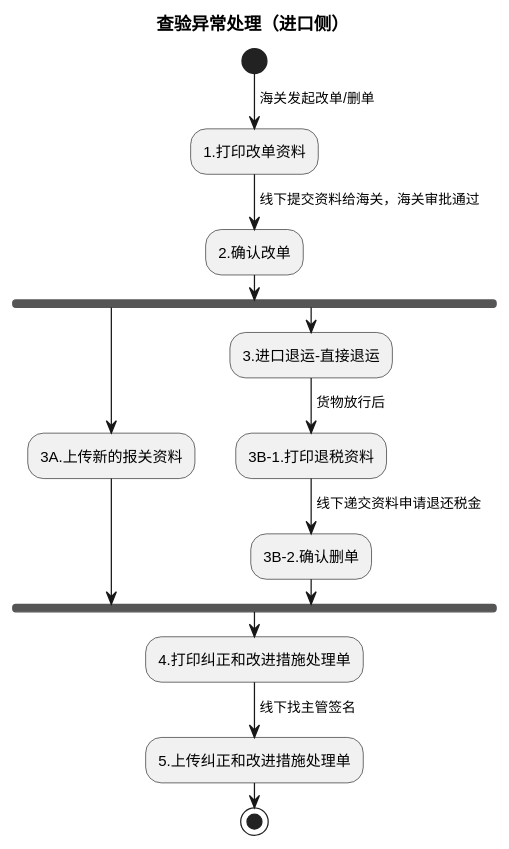
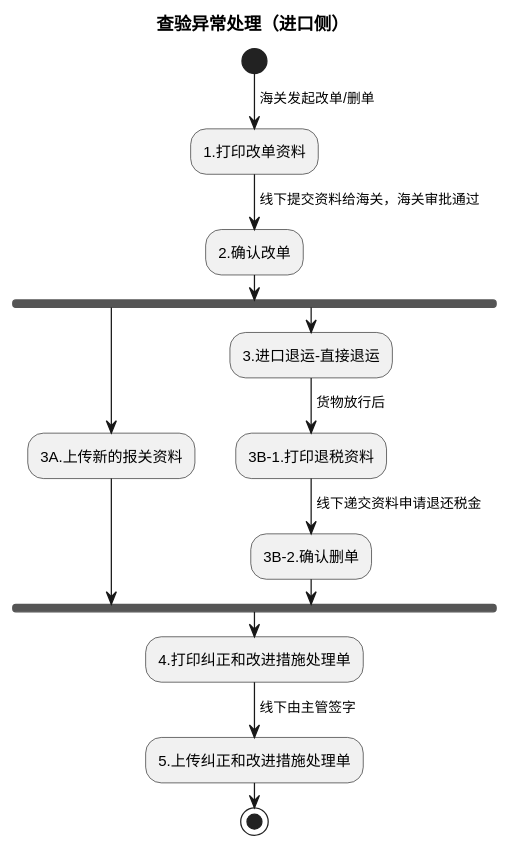
One commit to jack888332/projects-doc changed the fifth of 5 diagrams in product-caliber/goldjet/segmented-prd/mainflow/PRD.高捷物流系统一期.主流程.09.异常处理流程.md. Above: the diagram before and after it, drawn with PlantUML. The commit also changed other lines of this file and 59 other files, not shown here.

````diff
--- a/product-caliber/goldjet/segmented-prd/mainflow/PRD.高捷物流系统一期.主流程.09.异常处理流程.md
+++ b/product-caliber/goldjet/segmented-prd/mainflow/PRD.高捷物流系统一期.主流程.09.异常处理流程.md
@@ -172,23 +150,23 @@
 ```plantuml
 @startuml
 title 查验异常处理（进口侧）
 start
 -> 海关发起改单/删单;
 :1.打印改单资料;
 -> 线下提交资料给海关，海关审批通过;
 :2.确认改单;
 fork
   :3A.上传新的报关资料;
 fork again
   :3.进口退运-直接退运;
   -> 货物放行后;
   :3B-1.打印退税资料;
   -> 线下递交资料申请退还税金;
   :3B-2.确认删单;
 end fork
 :4.打印纠正和改进措施处理单;
--> 线下找主管签名;
+-> 线下由主管签字;
 :5.上传纠正和改进措施处理单;
 stop
 @enduml
 ```
````
